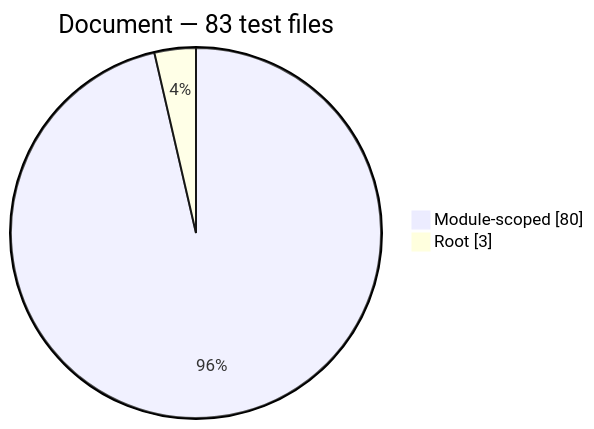
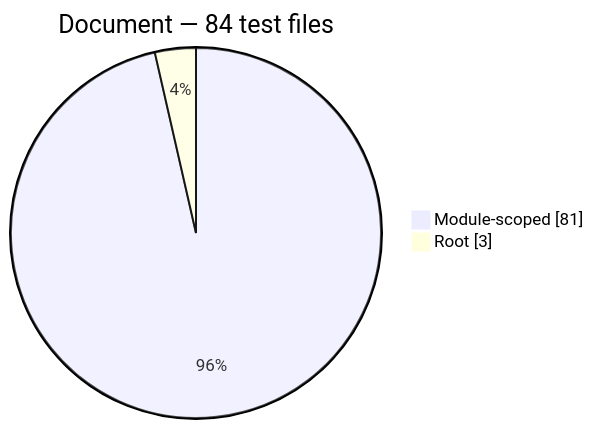
The fourth of 12 diagrams in docs/generated/test-composition.md (Mohammed-Alama/php-arazzo), drawn with Mermaid before and after one commit. The commit also changed other lines of this file and 29 other files, not shown here.

First line of the commit message:
fix(document): schema-vs-prose overrides in OfficialSchemaRule

````diff
--- a/docs/generated/test-composition.md
+++ b/docs/generated/test-composition.md
@@ -60,6 +60,6 @@
 ```mermaid
 pie showData
-    title Document — 83 test files
-    "Module-scoped": 80
+    title Document — 84 test files
+    "Module-scoped": 81
     "Root": 3
 ```
````
